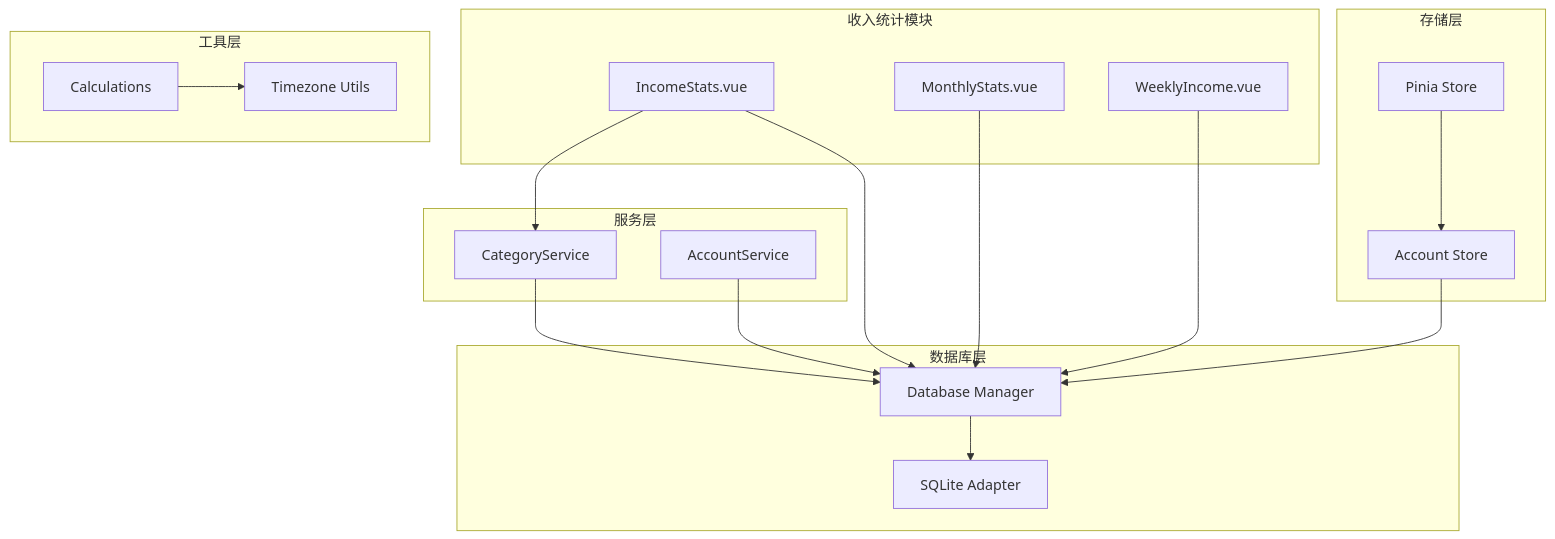
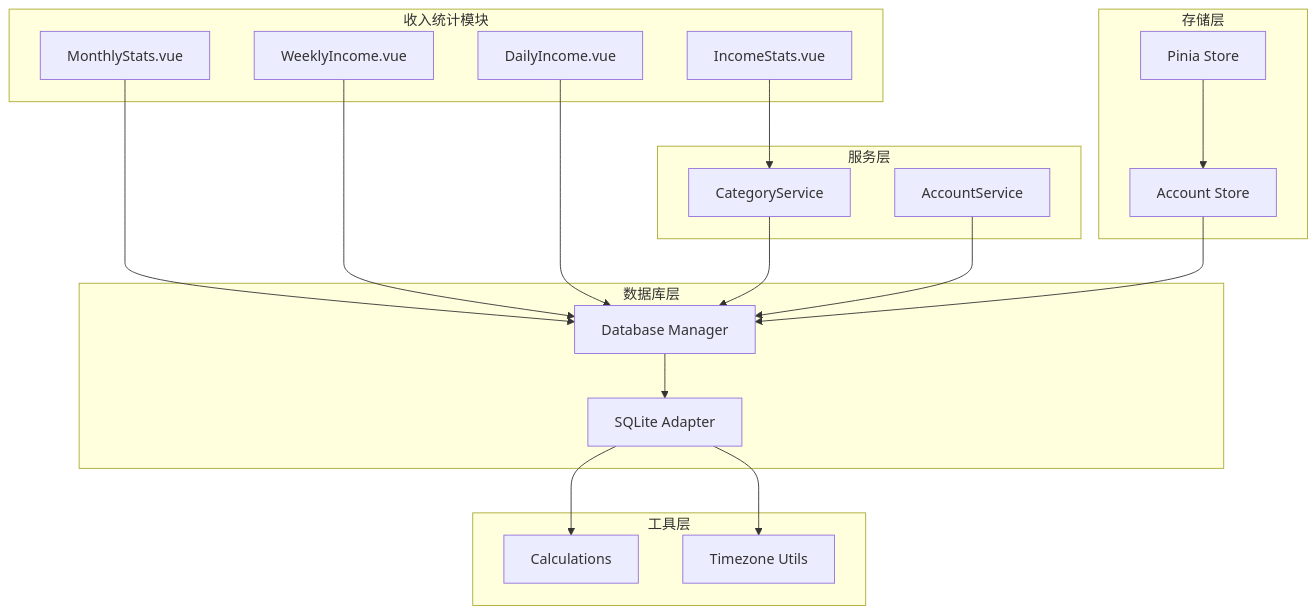
Diagram 12 of 12 in .qoder/repowiki/zh/content/Income Statistics Analysis.md (xiao-lin-unit/yuan), drawn with Mermaid before and after one commit. The commit also changed other lines of this file and 6 other files, not shown here.

````diff
--- a/.qoder/repowiki/zh/content/Income Statistics Analysis.md
+++ b/.qoder/repowiki/zh/content/Income Statistics Analysis.md
@@ -428,34 +485,36 @@
 ```mermaid
 graph TB
 subgraph "收入统计模块"
 A[IncomeStats.vue]
 B[MonthlyStats.vue]
 C[WeeklyIncome.vue]
+D[DailyIncome.vue]
 end
 subgraph "服务层"
-D[CategoryService]
-E[AccountService]
+E[CategoryService]
+F[AccountService]
 end
 subgraph "存储层"
-F[Pinia Store]
-G[Account Store]
+G[Pinia Store]
+H[Account Store]
 end
 subgraph "数据库层"
-H[Database Manager]
-I[SQLite Adapter]
+I[Database Manager]
+J[SQLite Adapter]
 end
 subgraph "工具层"
-J[Calculations]
-K[Timezone Utils]
+K[Calculations]
+L[Timezone Utils]
 end
-A --> D
-A --> H
-B --> H
-C --> H
-D --> H
-E --> H
-F --> G
+A --> E
+B --> I
+C --> I
+D --> I
+E --> I
+F --> I
 G --> H
 H --> I
+I --> J
 J --> K
+J --> L
 ```
````
